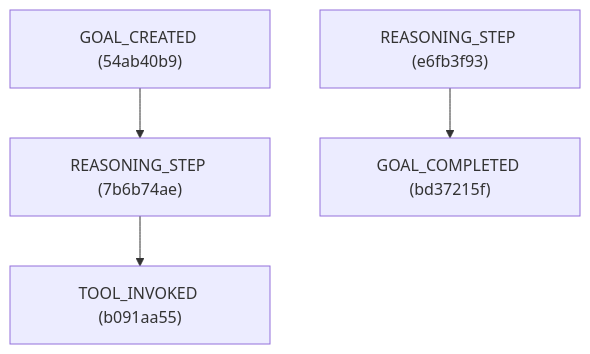
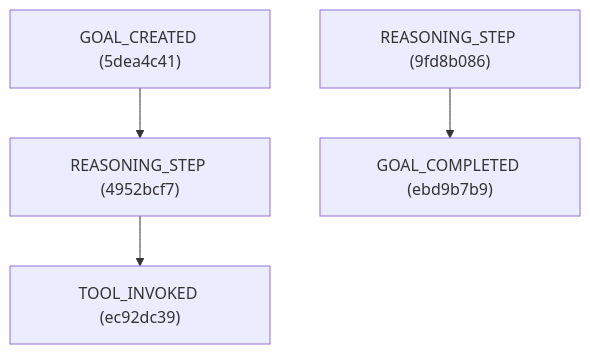
One commit to miltzhaw/langraph_playground changed the third of 4 diagrams in research_paper_analysis_visualization.md. Above: the diagram before and after it, drawn with Mermaid. The commit also changed other lines of this file and 4 other files, not shown here.

````diff
--- a/research_paper_analysis_visualization.md
+++ b/research_paper_analysis_visualization.md
@@ -35,11 +35,11 @@
 ```mermaid
 graph TD
-    54ab40b9["GOAL_CREATED (54ab40b9)"]
-    7b6b74ae["REASONING_STEP (7b6b74ae)"]
-    b091aa55["TOOL_INVOKED (b091aa55)"]
-    e6fb3f93["REASONING_STEP (e6fb3f93)"]
-    bd37215f["GOAL_COMPLETED (bd37215f)"]
-    54ab40b9 --> 7b6b74ae
-    7b6b74ae --> b091aa55
-    e6fb3f93 --> bd37215f
+    5dea4c41["GOAL_CREATED (5dea4c41)"]
+    4952bcf7["REASONING_STEP (4952bcf7)"]
+    ec92dc39["TOOL_INVOKED (ec92dc39)"]
+    9fd8b086["REASONING_STEP (9fd8b086)"]
+    ebd9b7b9["GOAL_COMPLETED (ebd9b7b9)"]
+    5dea4c41 --> 4952bcf7
+    4952bcf7 --> ec92dc39
+    9fd8b086 --> ebd9b7b9
 ```
````
